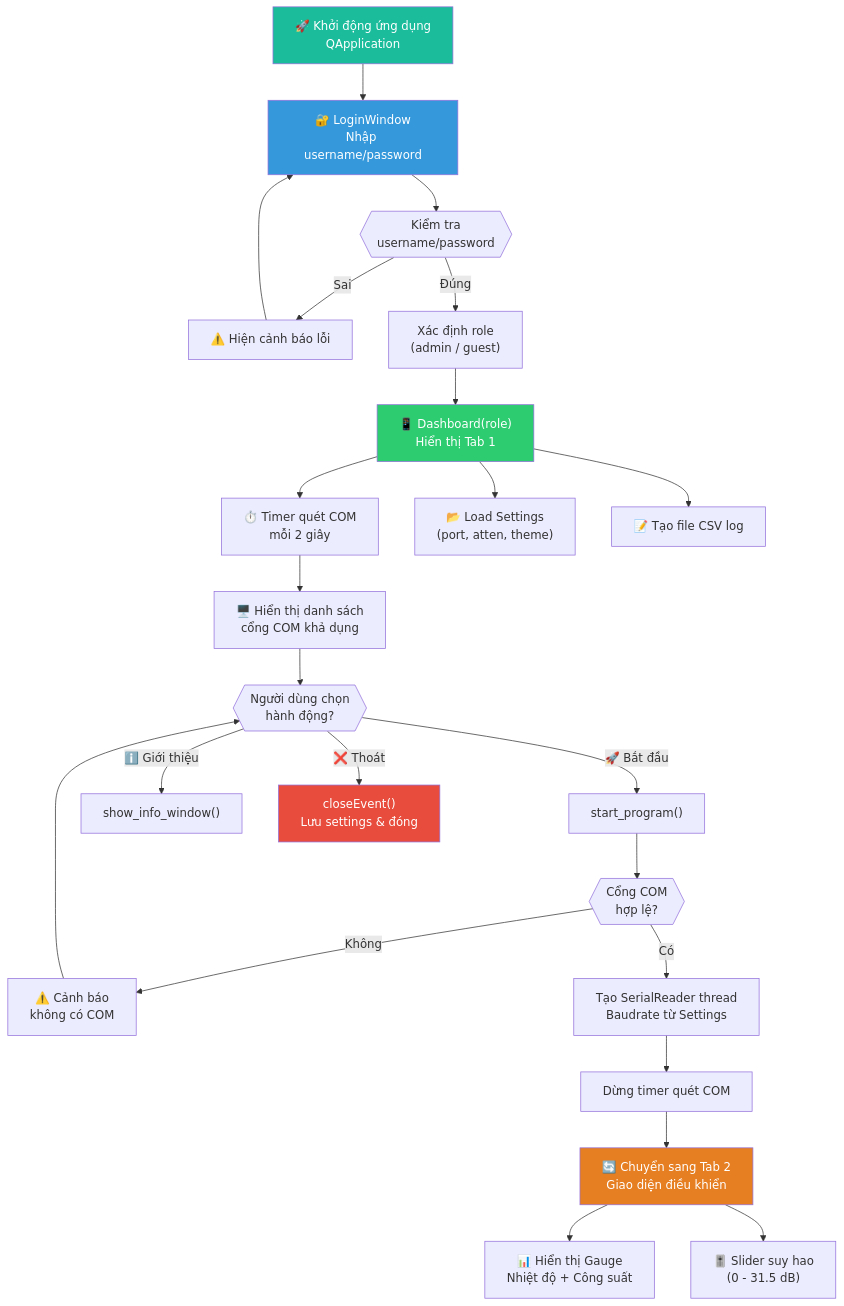
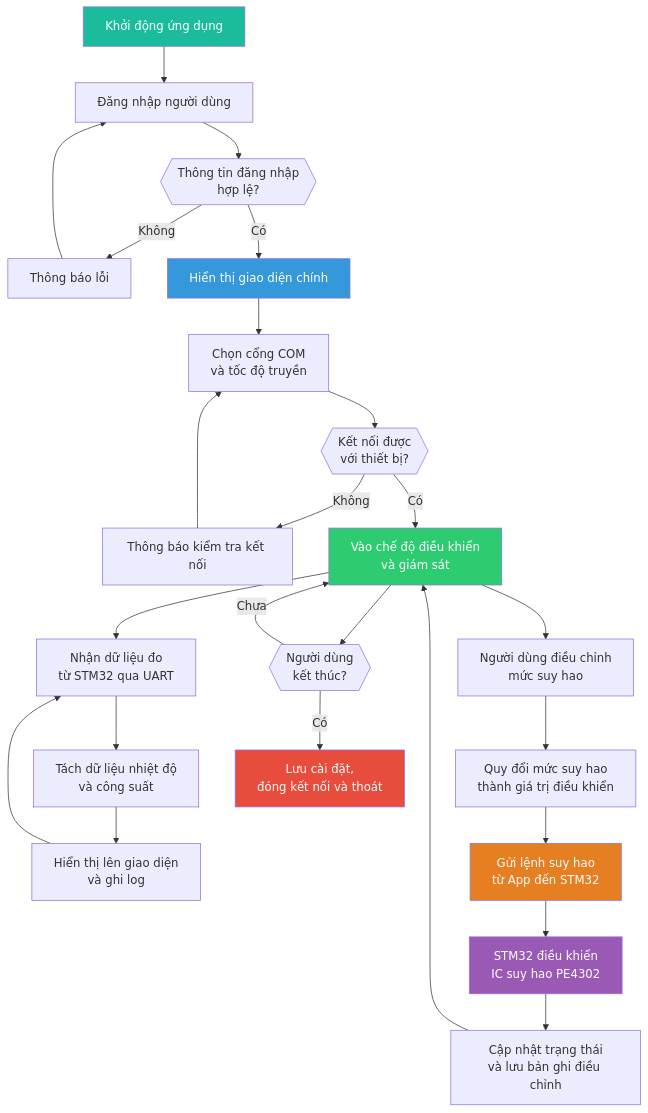
One commit to darkwin259/Attention changed the sixth of 10 diagrams in README.md. Above: the diagram before and after it, drawn with Mermaid.

````diff
--- a/README.md
+++ b/README.md
@@ -268,36 +268,37 @@
 ```mermaid
 flowchart TD
-    A["🚀 Khởi động ứng dụng<br/>QApplication"] --> B["🔐 LoginWindow<br/>Nhập username/password"]
-    B --> C{{"Kiểm tra<br/>username/password"}}
-    C -->|"Sai"| D["⚠️ Hiện cảnh báo lỗi"]
+    A["Khởi động ứng dụng"] --> B["Đăng nhập người dùng"]
+    B --> C{{"Thông tin đăng nhập<br/>hợp lệ?"}}
+    C -->|"Không"| D["Thông báo lỗi"]
     D --> B
-    C -->|"Đúng"| E["Xác định role<br/>(admin / guest)"]
-    E --> F["📱 Dashboard(role)<br/>Hiển thị Tab 1"]
+    C -->|"Có"| E["Hiển thị giao diện chính"]
 
-    F --> G["⏱️ Timer quét COM<br/>mỗi 2 giây"]
-    F --> H["📂 Load Settings<br/>(port, atten, theme)"]
-    F --> I["📝 Tạo file CSV log"]
+    E --> F["Chọn cổng COM<br/>và tốc độ truyền"]
+    F --> G{{"Kết nối được<br/>với thiết bị?"}}
+    G -->|"Không"| H["Thông báo kiểm tra kết nối"]
+    H --> F
+    G -->|"Có"| I["Vào chế độ điều khiển<br/>và giám sát"]
 
-    G --> J["🖥️ Hiển thị danh sách<br/>cổng COM khả dụng"]
+    I --> J["Nhận dữ liệu đo<br/>từ STM32 qua UART"]
+    J --> K["Tách dữ liệu nhiệt độ<br/>và công suất"]
+    K --> L["Hiển thị lên giao diện<br/>và ghi log"]
+    L --> J
 
-    J --> K{{"Người dùng chọn<br/>hành động?"}}
-    K -->|"🚀 Bắt đầu"| L["start_program()"]
-    K -->|"ℹ️ Giới thiệu"| M["show_info_window()"]
-    K -->|"❌ Thoát"| N["closeEvent()<br/>Lưu settings & đóng"]
+    I --> M["Người dùng điều chỉnh<br/>mức suy hao"]
+    M --> N["Quy đổi mức suy hao<br/>thành giá trị điều khiển"]
+    N --> O["Gửi lệnh suy hao<br/>từ App đến STM32"]
+    O --> P["STM32 điều khiển<br/>IC suy hao PE4302"]
+    P --> Q["Cập nhật trạng thái<br/>và lưu bản ghi điều chỉnh"]
+    Q --> I
 
-    L --> O{{"Cổng COM<br/>hợp lệ?"}}
-    O -->|"Không"| P["⚠️ Cảnh báo<br/>không có COM"]
-    P --> K
-    O -->|"Có"| Q["Tạo SerialReader thread<br/>Baudrate từ Settings"]
-    Q --> R["Dừng timer quét COM"]
-    R --> S["🔄 Chuyển sang Tab 2<br/>Giao diện điều khiển"]
-
-    S --> T["📊 Hiển thị Gauge<br/>Nhiệt độ + Công suất"]
-    S --> U["🎚️ Slider suy hao<br/>(0 - 31.5 dB)"]
+    I --> R{{"Người dùng<br/>kết thúc?"}}
+    R -->|"Chưa"| I
+    R -->|"Có"| S["Lưu cài đặt,<br/>đóng kết nối và thoát"]
 
     style A fill:#1abc9c,color:#fff
-    style B fill:#3498db,color:#fff
-    style F fill:#2ecc71,color:#fff
-    style S fill:#e67e22,color:#fff
-    style N fill:#e74c3c,color:#fff
+    style E fill:#3498db,color:#fff
+    style I fill:#2ecc71,color:#fff
+    style O fill:#e67e22,color:#fff
+    style P fill:#9b59b6,color:#fff
+    style S fill:#e74c3c,color:#fff
 ```
````
